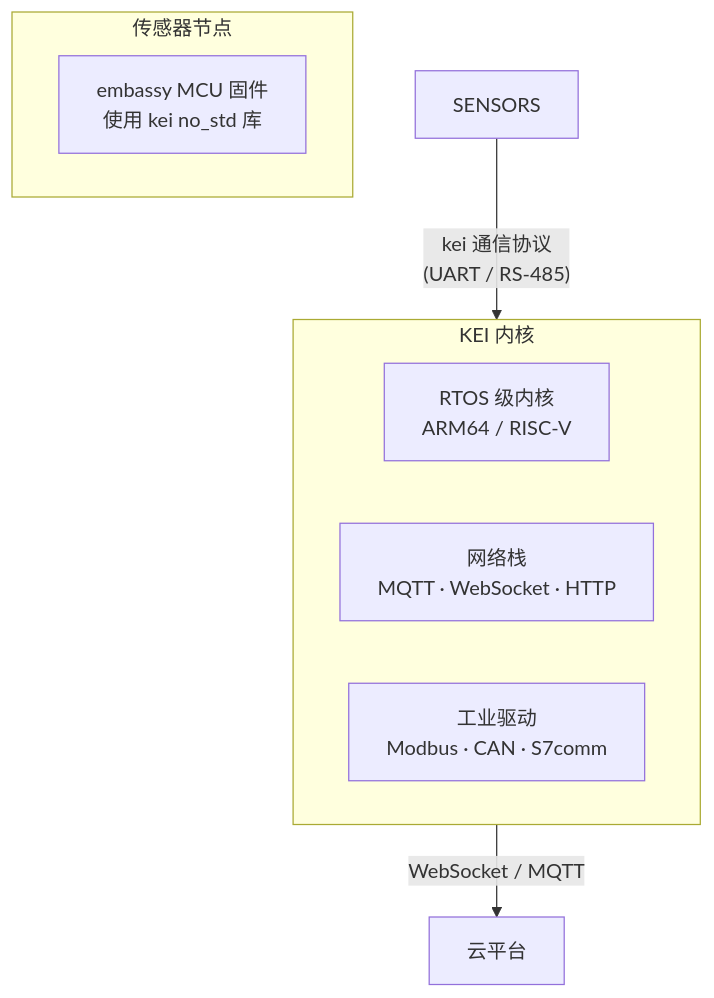
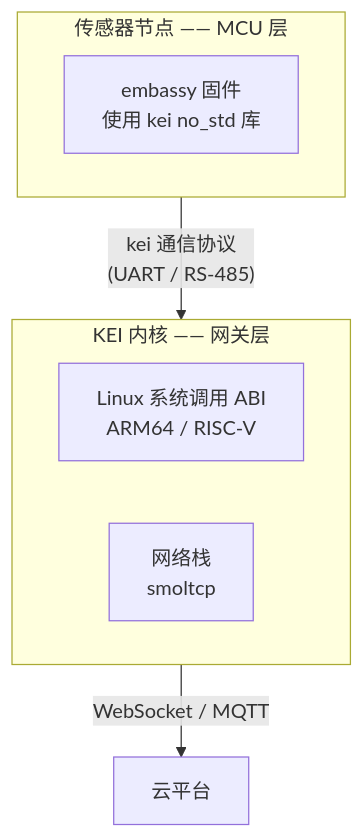
One commit to celestia-island/kei changed the diagram in docs/zh-Hans/README.md. Above: the diagram before and after it, drawn with Mermaid. The commit also changed other lines of this file and 62 other files, not shown here.

````diff
--- a/docs/zh-Hans/README.md
+++ b/docs/zh-Hans/README.md
@@ -35,13 +37,12 @@
 ```mermaid
 flowchart TB
-    subgraph Gateway["KEI 内核"]
-        KERN["RTOS 级内核\nARM64 / RISC-V"]
-        NET["网络栈\nMQTT · WebSocket · HTTP"]
-        DRV["工业驱动\nModbus · CAN · S7comm"]
+    subgraph Gateway["KEI 内核 —— 网关层"]
+        KERN["Linux 系统调用 ABI\nARM64 / RISC-V"]
+        NET["网络栈\nsmoltcp"]
     end
-    subgraph Sensors["传感器节点"]
-        EMB["embassy MCU 固件\n使用 kei no_std 库"]
+    subgraph Sensors["传感器节点 —— MCU 层"]
+        EMB["embassy 固件\n使用 kei no_std 库"]
     end
-    SENSORS -->|"kei 通信协议\n(UART / RS-485)"| Gateway
+    Sensors -->|"kei 通信协议\n(UART / RS-485)"| Gateway
     Gateway -->|"WebSocket / MQTT"| CLOUD["云平台"]
 ```
````
